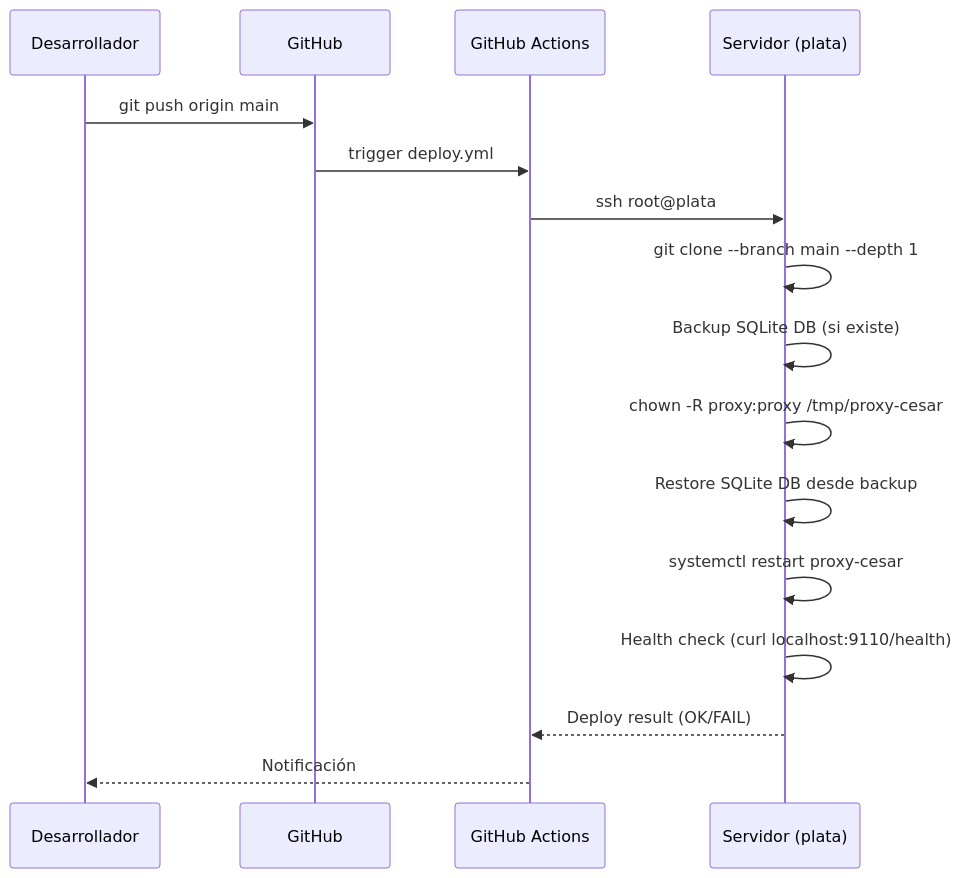
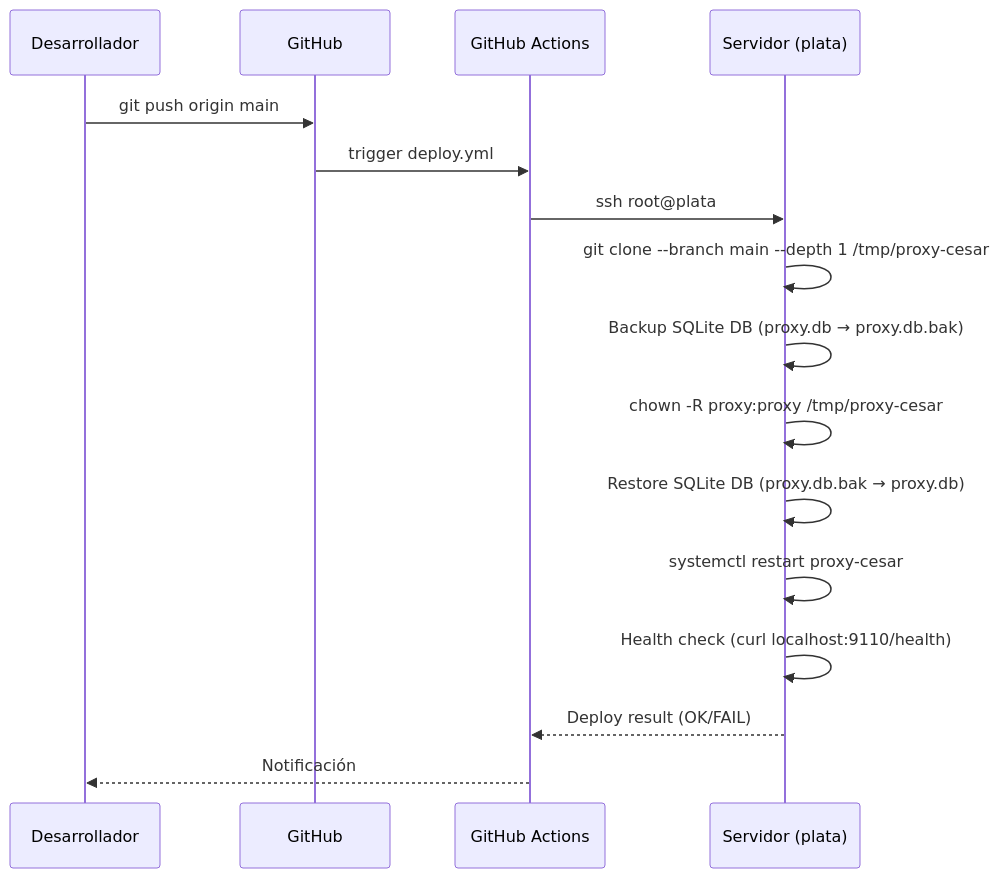
Before and after one commit to CesarGuzmanLopez/proxy-cesar: the sixth of 6 diagrams in diagramas.md, drawn with Mermaid. The commit also changed other lines of this file and 4 other files, not shown here.

````diff
--- a/diagramas.md
+++ b/diagramas.md
@@ -195,19 +201,19 @@
 ```mermaid
 sequenceDiagram
     participant Dev as Desarrollador
     participant GH as GitHub
     participant GA as GitHub Actions
     participant Server as Servidor (plata)
 
     Dev->>GH: git push origin main
     GH->>GA: trigger deploy.yml
     GA->>Server: ssh root@plata
-    Server->>Server: git clone --branch main --depth 1
-    Server->>Server: Backup SQLite DB (si existe)
+    Server->>Server: git clone --branch main --depth 1 /tmp/proxy-cesar
+    Server->>Server: Backup SQLite DB (proxy.db → proxy.db.bak)
     Server->>Server: chown -R proxy:proxy /tmp/proxy-cesar
-    Server->>Server: Restore SQLite DB desde backup
+    Server->>Server: Restore SQLite DB (proxy.db.bak → proxy.db)
     Server->>Server: systemctl restart proxy-cesar
     Server->>Server: Health check (curl localhost:9110/health)
     Server-->>GA: Deploy result (OK/FAIL)
     GA-->>Dev: Notificación
 ```
````
